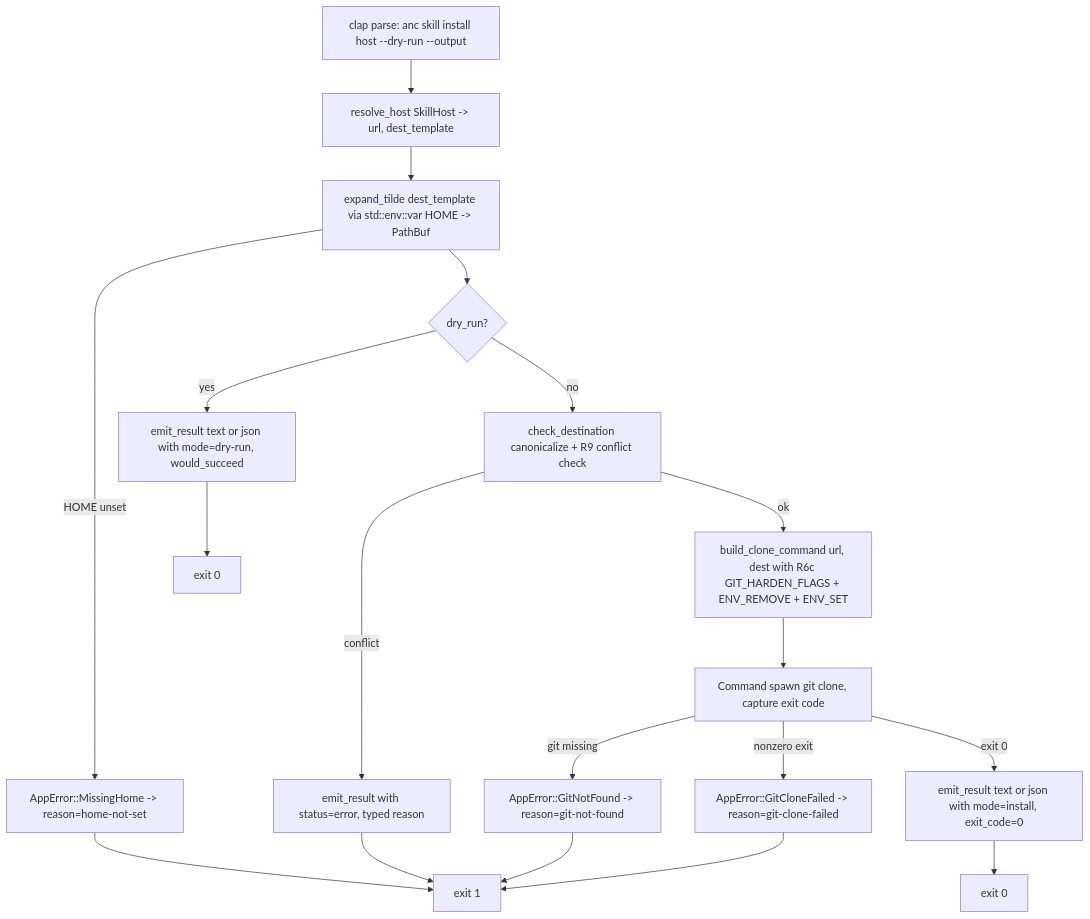
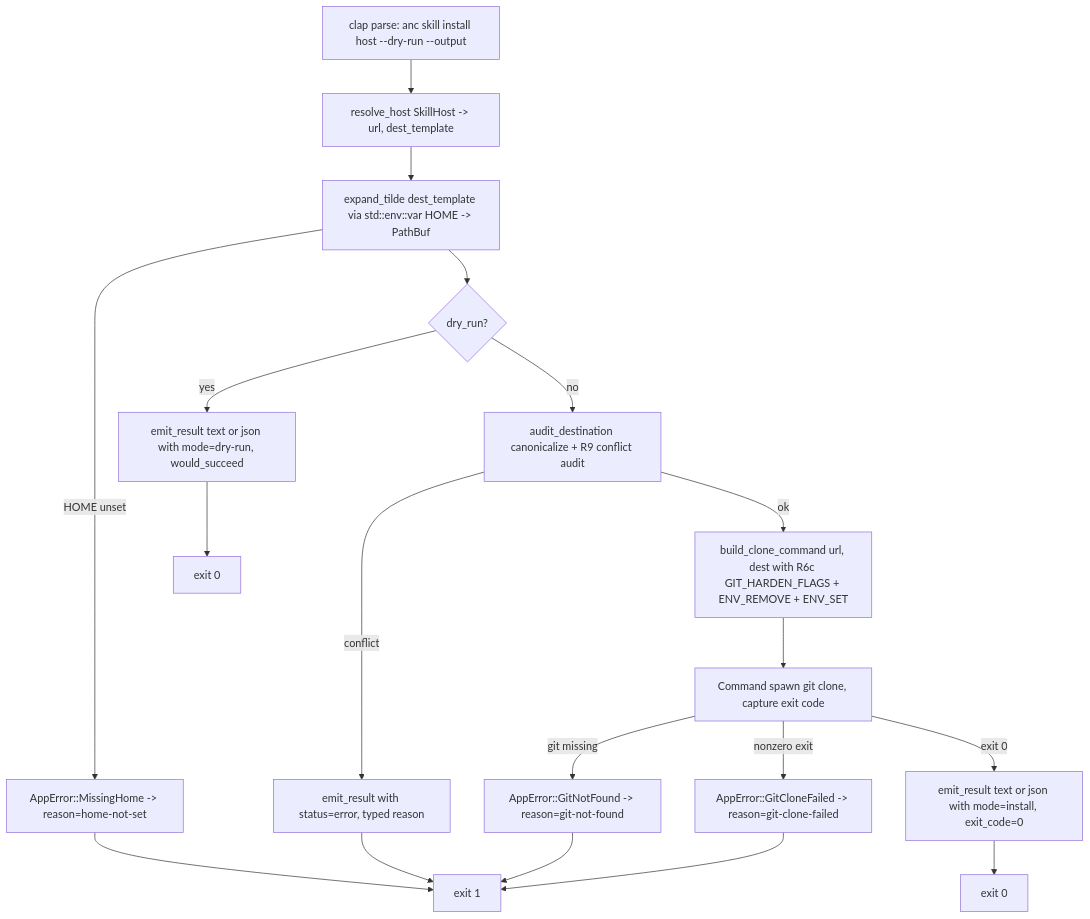
One commit to brettdavies/agentnative-cli changed the diagram in docs/plans/2026-04-29-002-feat-skill-subcommand-plan.md. Above: the diagram before and after it, drawn with Mermaid. The commit also changed other lines of this file and 245 other files, not shown here.

First line of the commit message:
refactor!: rename the linter's "check" domain noun to "audit" repo-wide

````diff
--- a/docs/plans/2026-04-29-002-feat-skill-subcommand-plan.md
+++ b/docs/plans/2026-04-29-002-feat-skill-subcommand-plan.md
@@ -354,21 +354,21 @@
 ```mermaid
 flowchart TD
     A["clap parse: anc skill install host --dry-run --output"] --> B["resolve_host SkillHost -> url, dest_template"]
     B --> C["expand_tilde dest_template via std::env::var HOME -> PathBuf"]
     C -->|HOME unset| Z1["AppError::MissingHome -> reason=home-not-set"]
     C --> D{"dry_run?"}
     D -->|yes| E["emit_result text or json with mode=dry-run, would_succeed"]
-    D -->|no| F["check_destination canonicalize + R9 conflict check"]
+    D -->|no| F["audit_destination canonicalize + R9 conflict audit"]
     F -->|conflict| G["emit_result with status=error, typed reason"]
     F -->|ok| H["build_clone_command url, dest with R6c GIT_HARDEN_FLAGS + ENV_REMOVE + ENV_SET"]
     H --> I["Command spawn git clone, capture exit code"]
     I -->|git missing| Z2["AppError::GitNotFound -> reason=git-not-found"]
     I -->|nonzero exit| Z3["AppError::GitCloneFailed -> reason=git-clone-failed"]
     I -->|exit 0| J["emit_result text or json with mode=install, exit_code=0"]
     E --> K["exit 0"]
     G --> L["exit 1"]
     J --> M["exit 0"]
     Z1 --> L
     Z2 --> L
     Z3 --> L
 ```
````
